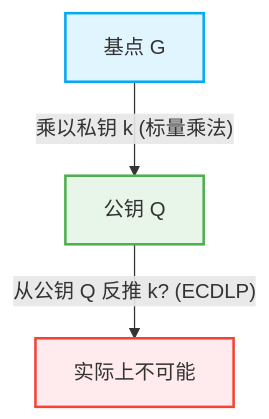
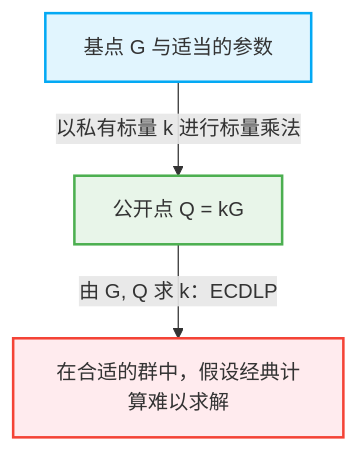
Before and after one commit to kenjinote/blog: the second of 2 diagrams in content/post/public-key-cryptography-rsa-ecc/index.zh-cn.md, drawn with Mermaid. The commit also changed other lines of this file and 5 other files, not shown here.

````diff
--- a/content/post/public-key-cryptography-rsa-ecc/index.zh-cn.md
+++ b/content/post/public-key-cryptography-rsa-ecc/index.zh-cn.md
@@ -123,8 +165,8 @@
 ```mermaid
 graph TD
-    A["基点 G"] -->|"乘以私钥 k (标量乘法)"| B["公钥 Q"]
-    B -->|"从公钥 Q 反推 k? (ECDLP)"| C["实际上不可能"]
+    A["基点 G 与适当的参数"] -->|"以私有标量 k 进行标量乘法"| B["公开点 Q = kG"]
+    B -->|"由 G, Q 求 k：ECDLP"| C["在合适的群中，假设经典计算难以求解"]
     style A fill:#e1f5fe,stroke:#03a9f4,stroke-width:2px
     style B fill:#e8f5e9,stroke:#4caf50,stroke-width:2px
     style C fill:#ffebee,stroke:#f44336,stroke-width:2px
 ```
````
